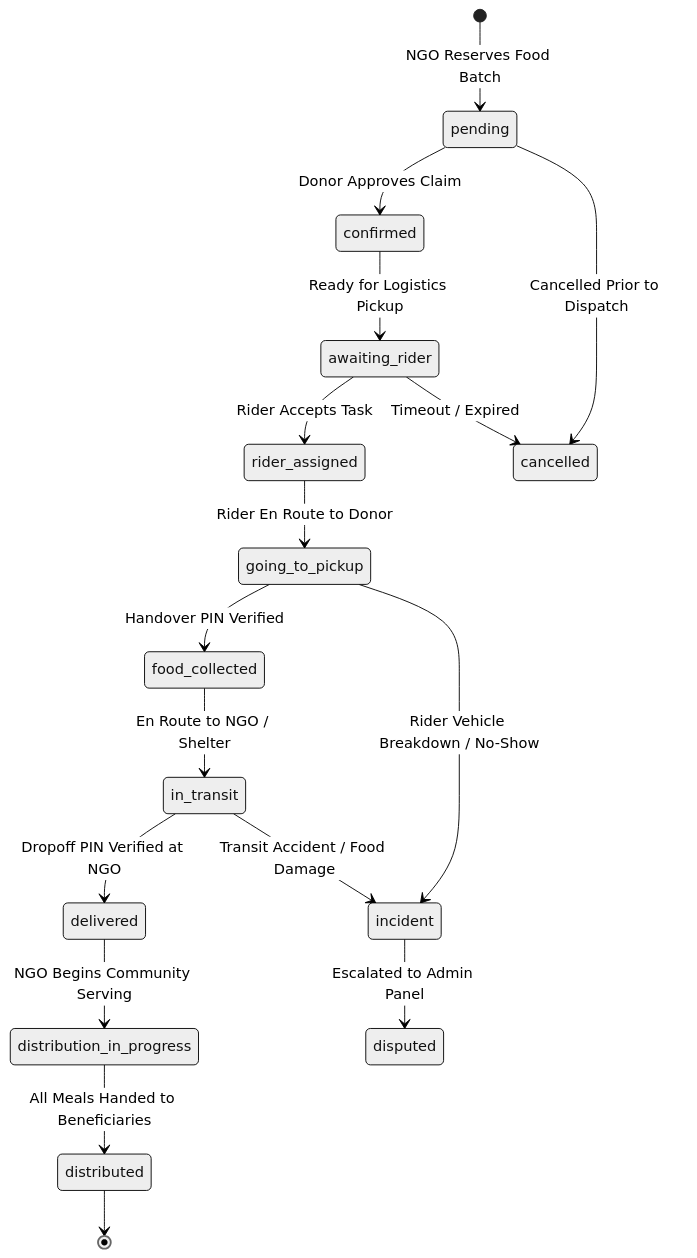
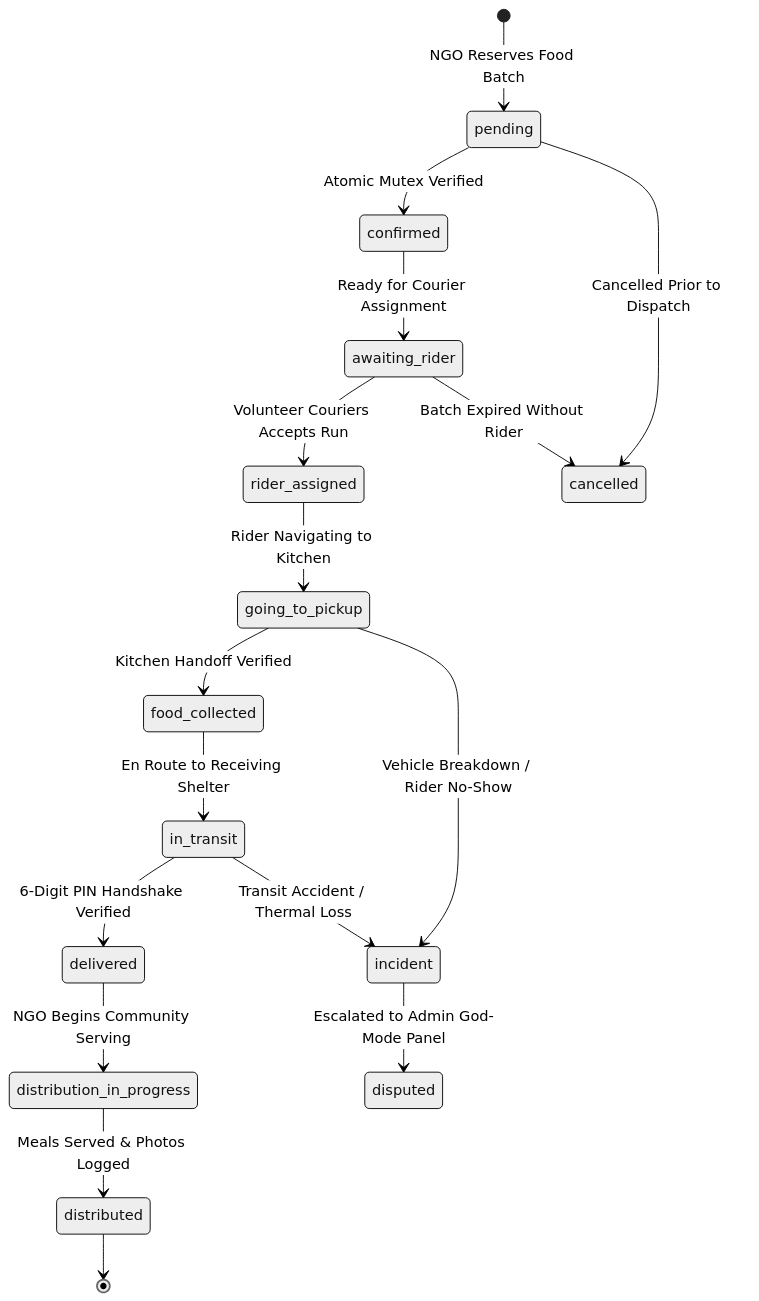
The eighth of 11 diagrams in docs/WORKFLOW_DIAGRAM.md (rohillanikhlesh2510/Sharebite---Food-rescuing-app), drawn with Mermaid (neutral theme) before and after one commit. The commit also changed other lines of this file, not shown here.

Commit message:
docs(workflows): upgrade visual lifecycle diagrams, offline PWA sync, and FSSAI organoleptic decision flows

````diff
--- a/docs/WORKFLOW_DIAGRAM.md
+++ b/docs/WORKFLOW_DIAGRAM.md
@@ -309,24 +301,24 @@
 ```mermaid
 stateDiagram-v2
     [*] --> pending: NGO Reserves Food Batch
-    pending --> confirmed: Donor Approves Claim
+    pending --> confirmed: Atomic Mutex Verified
     pending --> cancelled: Cancelled Prior to Dispatch
 
-    confirmed --> awaiting_rider: Ready for Logistics Pickup
-    awaiting_rider --> rider_assigned: Rider Accepts Task
-    awaiting_rider --> cancelled: Timeout / Expired
+    confirmed --> awaiting_rider: Ready for Courier Assignment
+    awaiting_rider --> rider_assigned: Volunteer Couriers Accepts Run
+    awaiting_rider --> cancelled: Batch Expired Without Rider
 
-    rider_assigned --> going_to_pickup: Rider En Route to Donor
-    going_to_pickup --> food_collected: Handover PIN Verified
-    going_to_pickup --> incident: Rider Vehicle Breakdown / No-Show
+    rider_assigned --> going_to_pickup: Rider Navigating to Kitchen
+    going_to_pickup --> food_collected: Kitchen Handoff Verified
+    going_to_pickup --> incident: Vehicle Breakdown / Rider No-Show
 
-    food_collected --> in_transit: En Route to NGO / Shelter
-    in_transit --> delivered: Dropoff PIN Verified at NGO
-    in_transit --> incident: Transit Accident / Food Damage
+    food_collected --> in_transit: En Route to Receiving Shelter
+    in_transit --> delivered: 6-Digit PIN Handshake Verified
+    in_transit --> incident: Transit Accident / Thermal Loss
 
     delivered --> distribution_in_progress: NGO Begins Community Serving
-    distribution_in_progress --> distributed: All Meals Handed to Beneficiaries
+    distribution_in_progress --> distributed: Meals Served & Photos Logged
 
     distributed --> [*]
-    incident --> disputed: Escalated to Admin Panel
+    incident --> disputed: Escalated to Admin God-Mode Panel
 ```
````
